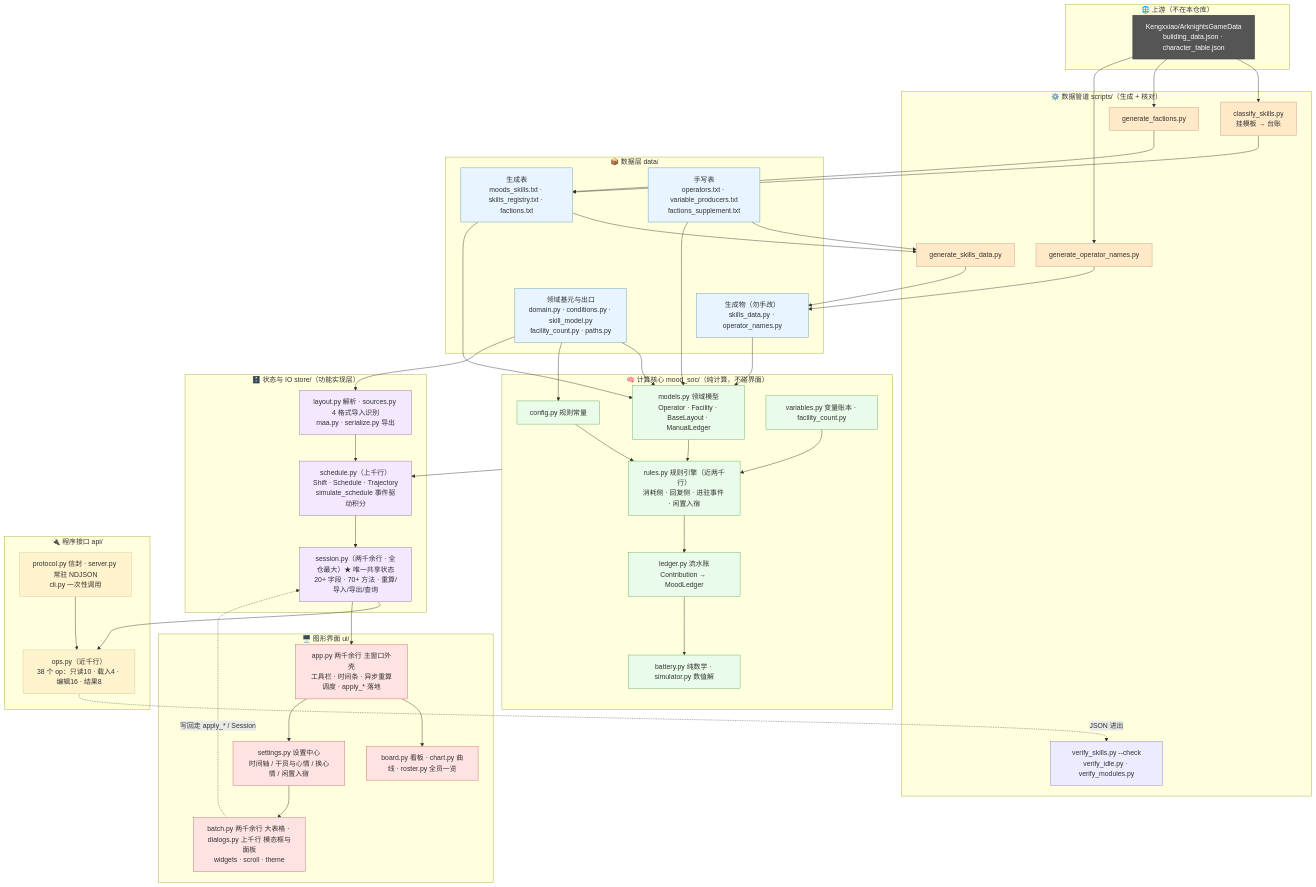
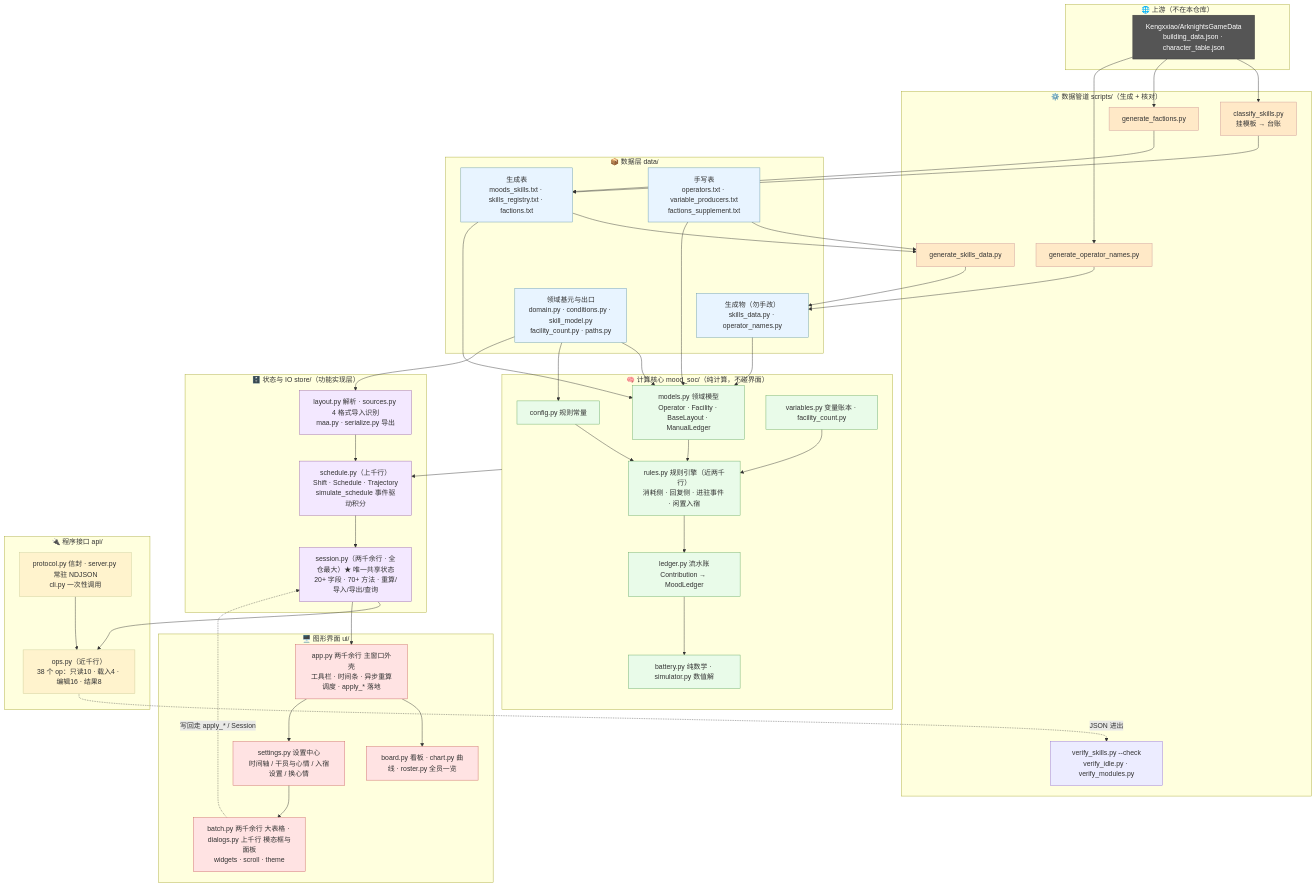
One commit to ziyanQAQ/Rhodes-MoodSOC changed the first of 4 diagrams in documents/14-架构总览.md. Above: the diagram before and after it, drawn with Mermaid. The commit also changed other lines of this file and 3 other files, not shown here.

```diff
--- a/documents/14-架构总览.md
+++ b/documents/14-架构总览.md
@@ -804,7 +808,7 @@
     subgraph L6["🖥️ 图形界面 ui/"]
         U1["app.py 两千余行 主窗口外壳<br/>工具栏 · 时间条 · 异步重算调度 · apply_* 落地"]
         U2["board.py 看板 · chart.py 曲线 · roster.py 全员一览"]
-        U3["settings.py 设置中心<br/>时间轴 / 干员与心情 / 换心情 / 闲置入宿"]
+        U3["settings.py 设置中心<br/>时间轴 / 干员与心情 / 入宿设置 / 换心情"]
         U4["batch.py 两千余行 大表格 · dialogs.py 上千行 模态框与面板<br/>widgets · scroll · theme"]
     end
 
```
